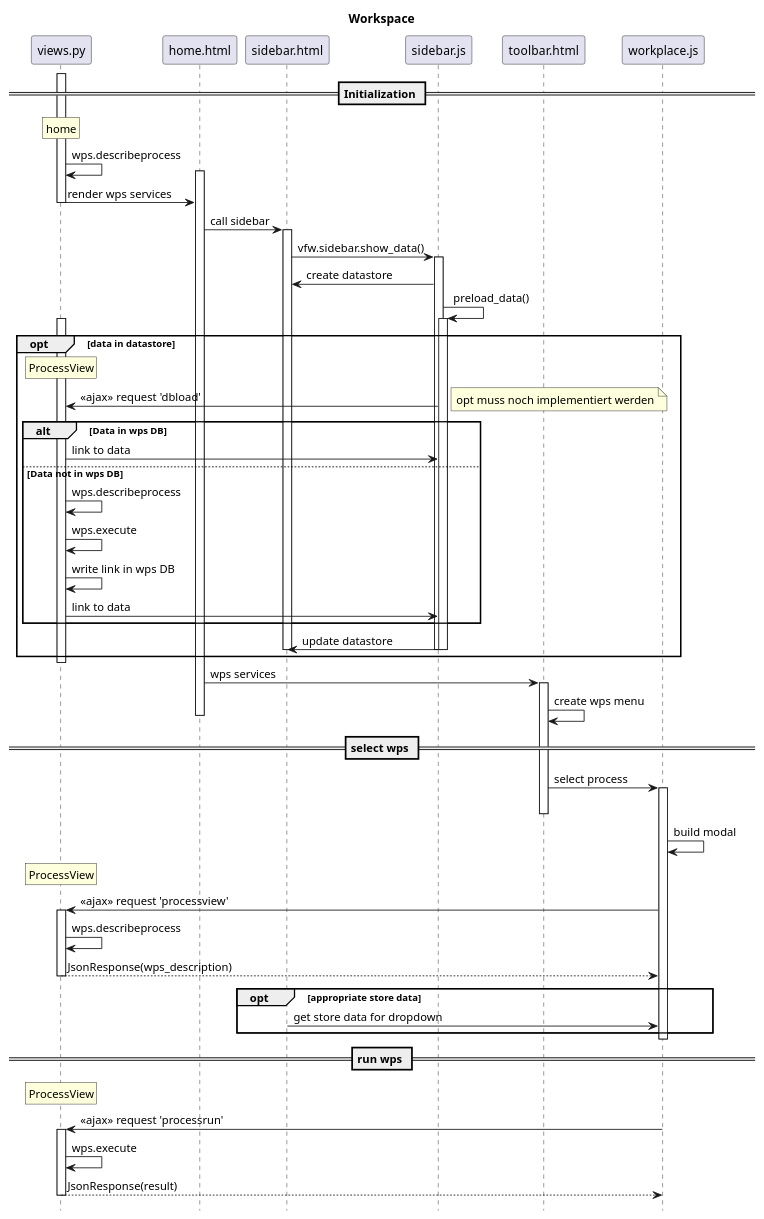
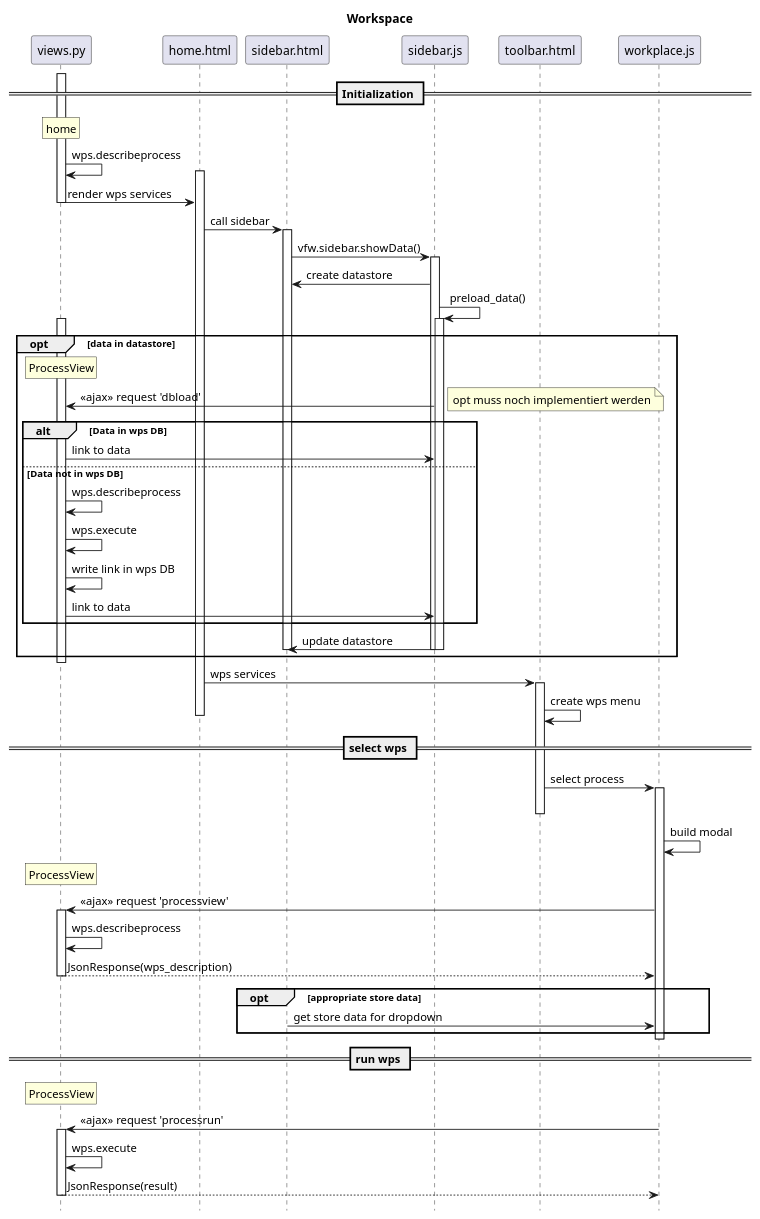
Before and after one commit to VForWaTer/vforwater-portal: the first of 2 diagrams in diagrams/Seq_Workspace.puml, drawn with PlantUML. The commit also changed other lines of this file and 16 other files, not shown here.

```diff
--- a/diagrams/Seq_Workspace.puml
+++ b/diagrams/Seq_Workspace.puml
@@ -1,67 +1,67 @@
 @startuml
 title Workspace
 
 hide footbox
 
 participant views.py
 
 == Initialization ==
 participant home.html
 activate views.py
 rnote over views.py: home
 views.py -> views.py: wps.describeprocess
 activate home.html
 views.py -> home.html--: render wps services
 
 home.html -> sidebar.html: call sidebar
 activate sidebar.html
-sidebar.html -> sidebar.js ++: vfw.sidebar.show_data()
+sidebar.html -> sidebar.js ++: vfw.sidebar.showData()
 sidebar.js -> sidebar.html : create datastore
 sidebar.js -> sidebar.js ++: preload_data()
 opt data in datastore
     rnote over views.py: ProcessView
     activate views.py
     sidebar.js -> views.py: <<ajax>> request 'dbload'
     note right: opt muss noch implementiert werden
 
     alt Data in wps DB
         views.py -> sidebar.js: link to data
 
     else Data not in wps DB
         views.py -> views.py: wps.describeprocess
         views.py -> views.py: wps.execute
         views.py -> views.py: write link in wps DB
         views.py -> sidebar.js: link to data
     end
         sidebar.js -> sidebar.html --: update datastore
         deactivate sidebar.html
         deactivate sidebar.js
 end
 deactivate views.py
 home.html -> toolbar.html ++: wps services
 toolbar.html -> toolbar.html: create wps menu
 deactivate home.html
 
 == select wps ==
 toolbar.html -> workplace.js ++: select process
 deactivate toolbar.html
 workplace.js -> workplace.js: build modal
 rnote over views.py: ProcessView
 workplace.js -> views.py ++: <<ajax>> request 'processview'
 views.py -> views.py: wps.describeprocess
 return JsonResponse(wps_description)
 opt appropriate store data
 sidebar.html -> workplace.js: get store data for dropdown
 end
 deactivate workplace.js
 
 
 == run wps ==
 rnote over views.py: ProcessView
 activate workplace.js
 workplace.js -> views.py ++: <<ajax>> request 'processrun'
 views.py -> views.py: wps.execute
 return JsonResponse(result)
 deactivate workplace.js
 
 @enduml
```
